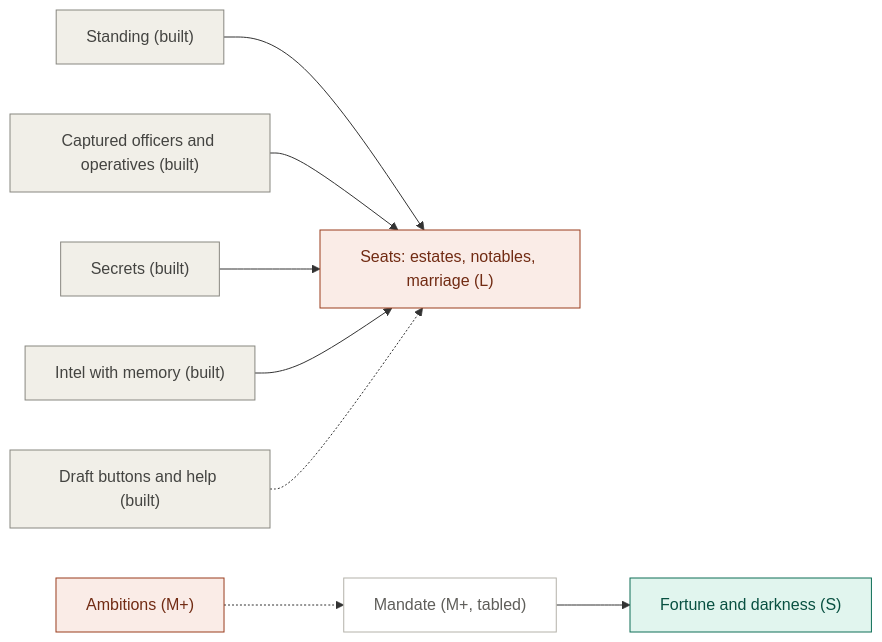
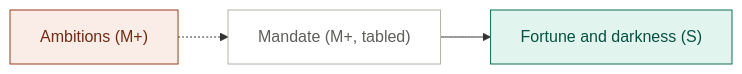
The diagram in docs/brainstorm-2026-10-02.md (1adityashetty1/paxgalactica), drawn with Mermaid before and after one commit. The commit also changed other lines of this file and 3 other files, not shown here.

First line of the commit message:
Seats, part 5: replay tests, and the docs say it is built

````diff
--- a/docs/brainstorm-2026-10-02.md
+++ b/docs/brainstorm-2026-10-02.md
@@ -698,32 +700,17 @@
 ```mermaid
 flowchart LR
   classDef light fill:#E1F5EE,stroke:#0F6E56,color:#085041
   classDef heavy fill:#FAECE7,stroke:#993C1D,color:#712B13
-  classDef done fill:#F1EFE8,stroke:#888780,color:#444441
   classDef later fill:#FFFFFF,stroke:#B4B2A9,color:#5F5E5A
-
-  standing["Standing (built)"]
-  captives["Captured officers and operatives (built)"]
-  secrets["Secrets (built)"]
-  intel["Intel with memory (built)"]
-  ui["Draft buttons and help (built)"]
-
-  seats["Seats: estates, notables, marriage (L)"]
 
   ambitions["Ambitions (M+)"]
   mandate["Mandate (M+, tabled)"]
   fortune["Fortune and darkness (S)"]
 
-  standing --> seats
-  captives --> seats
-  secrets --> seats
-  intel --> seats
-  ui -.-> seats
   ambitions -.-> mandate
   mandate --> fortune
 
-  class standing,captives,secrets,intel,ui done
   class fortune light
-  class seats,ambitions heavy
+  class ambitions heavy
   class mandate later
 ```
````
